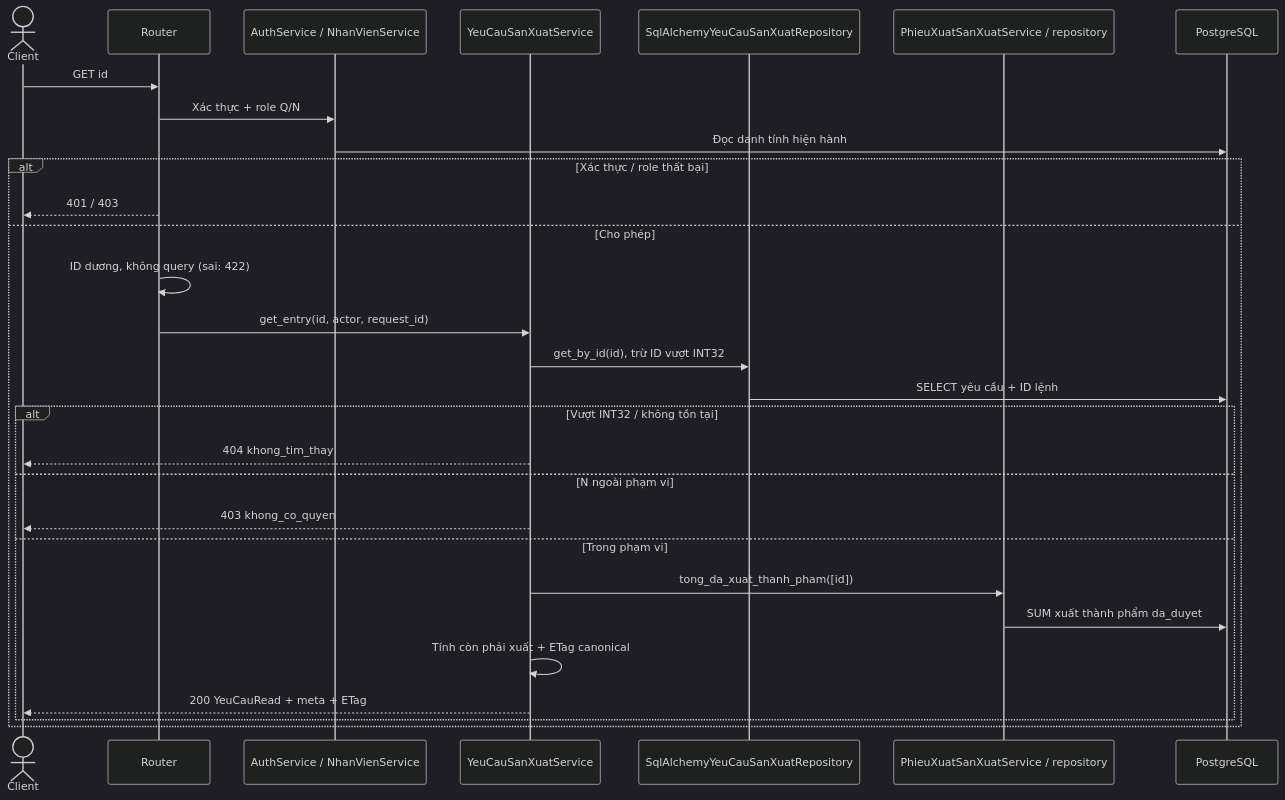
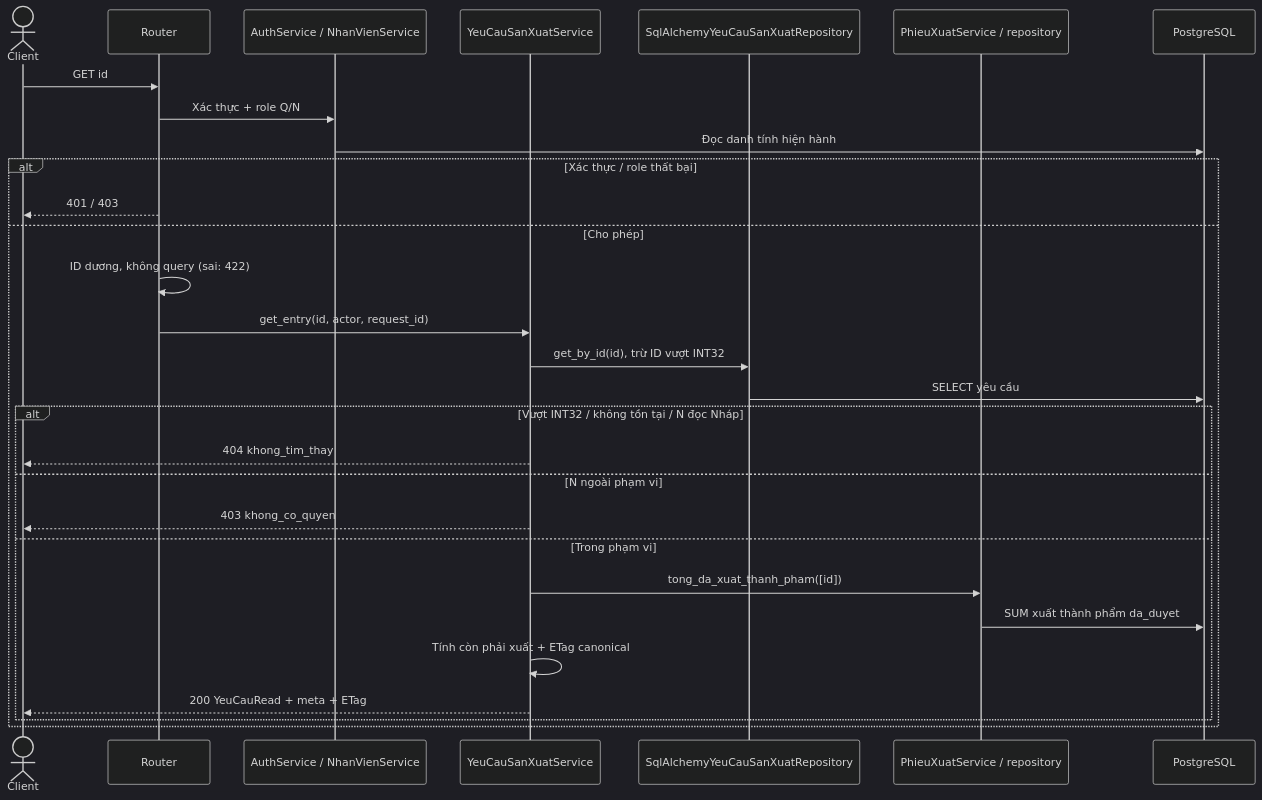
Before and after one commit to thanhklt/xbike-mrp-system: the second of 23 diagrams in docs/sequence/san_xuat.md, drawn with Mermaid (dark theme). The commit also changed other lines of this file and 13 other files, not shown here.

First line of the commit message:
feat(UC-23): lập yêu cầu sản xuất đủ thông tin, xác nhận gửi và chốt công thức đang dùng

````diff
--- a/docs/sequence/san_xuat.md
+++ b/docs/sequence/san_xuat.md
@@ -58,31 +63,31 @@
 ```mermaid
 sequenceDiagram
     actor C as Client
     participant R as Router
     participant A as AuthService / NhanVienService
     participant S as YeuCauSanXuatService
     participant P as SqlAlchemyYeuCauSanXuatRepository
-    participant X as PhieuXuatSanXuatService / repository
+    participant X as PhieuXuatService / repository
     participant D as PostgreSQL
     C->>R: GET id
     R->>A: Xác thực + role Q/N
     A->>D: Đọc danh tính hiện hành
     alt Xác thực / role thất bại
         R-->>C: 401 / 403
     else Cho phép
         R->>R: ID dương, không query (sai: 422)
         R->>S: get_entry(id, actor, request_id)
         S->>P: get_by_id(id), trừ ID vượt INT32
-        P->>D: SELECT yêu cầu + ID lệnh
-        alt Vượt INT32 / không tồn tại
+        P->>D: SELECT yêu cầu
+        alt Vượt INT32 / không tồn tại / N đọc Nháp
             S-->>C: 404 khong_tim_thay
         else N ngoài phạm vi
             S-->>C: 403 khong_co_quyen
         else Trong phạm vi
             S->>X: tong_da_xuat_thanh_pham([id])
             X->>D: SUM xuất thành phẩm da_duyet
             S->>S: Tính còn phải xuất + ETag canonical
             S-->>C: 200 YeuCauRead + meta + ETag
         end
     end
 ```
````
